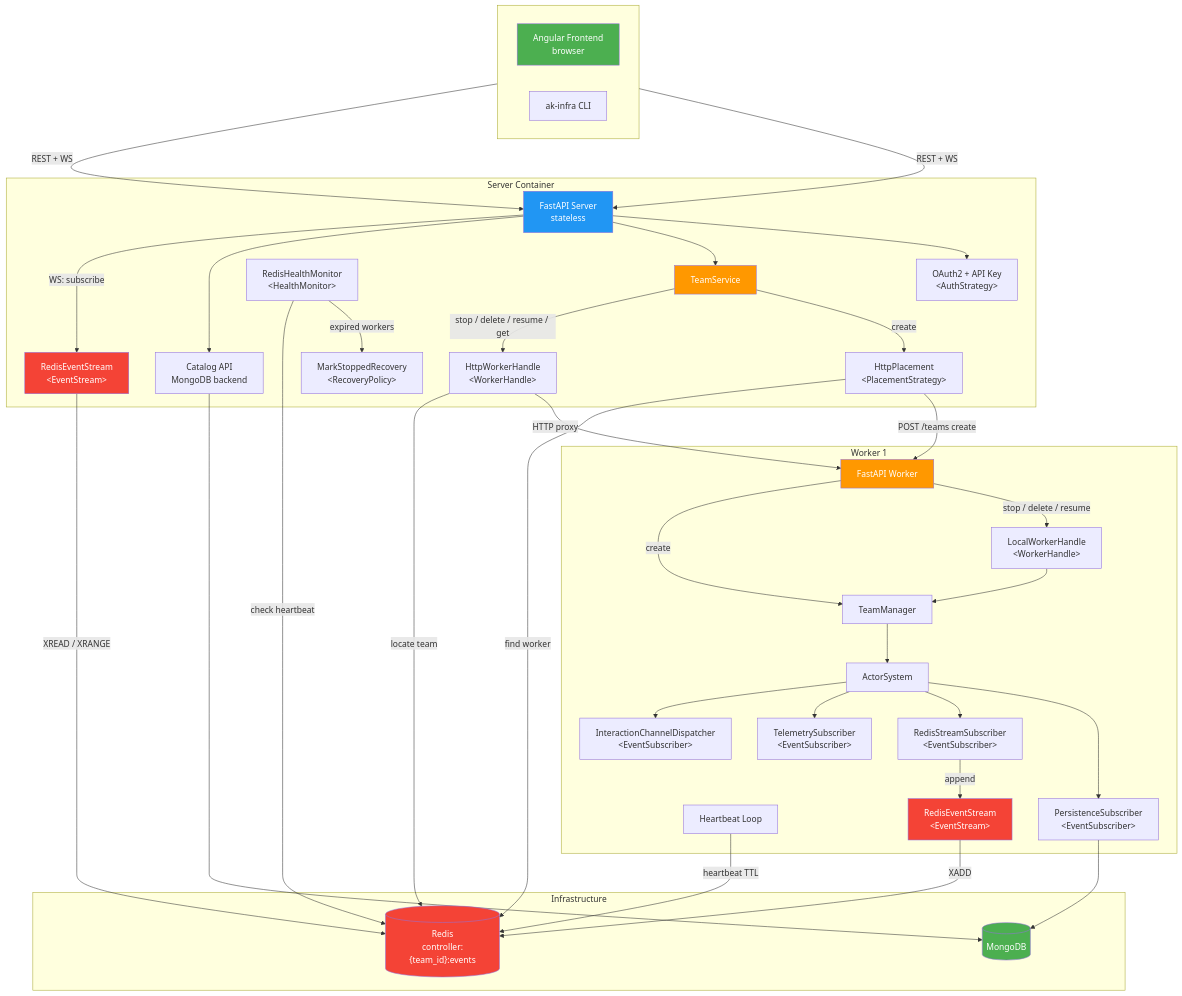
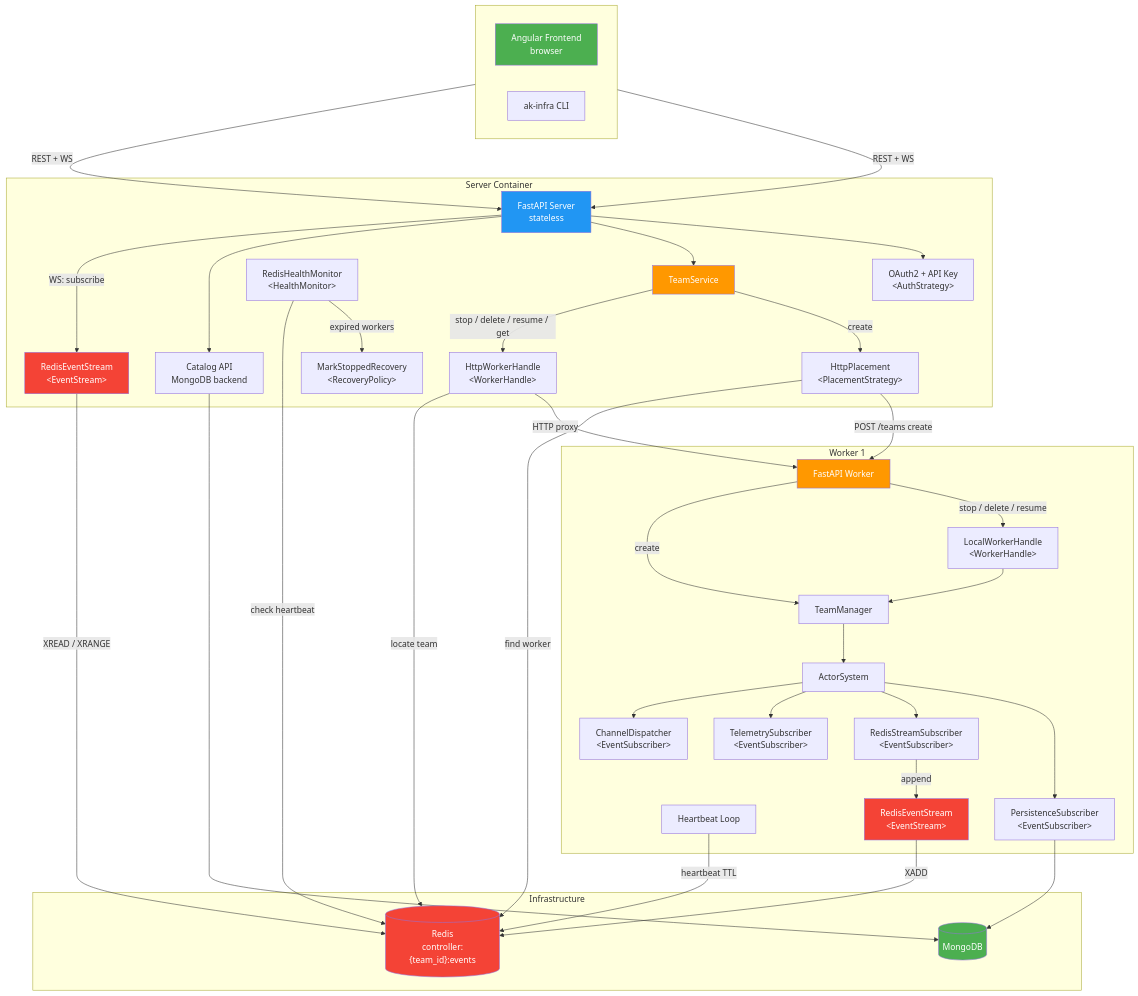
One commit to b12consulting/akgentic-infra changed the second of 3 diagrams in README.md. Above: the diagram before and after it, drawn with Mermaid. The commit also changed other lines of this file and 30 other files, not shown here.

```diff
--- a/README.md
+++ b/README.md
@@ -120,7 +120,7 @@
         W1_RSS["RedisStreamSubscriber<br/>&lt;EventSubscriber&gt;"]
         W1_RES["RedisEventStream<br/>&lt;EventStream&gt;"]
         W1_TS["TelemetrySubscriber<br/>&lt;EventSubscriber&gt;"]
-        W1_ICD["InteractionChannelDispatcher<br/>&lt;EventSubscriber&gt;"]
+        W1_ICD["ChannelDispatcher<br/>&lt;EventSubscriber&gt;"]
     end
 
     subgraph "Infrastructure"
```
